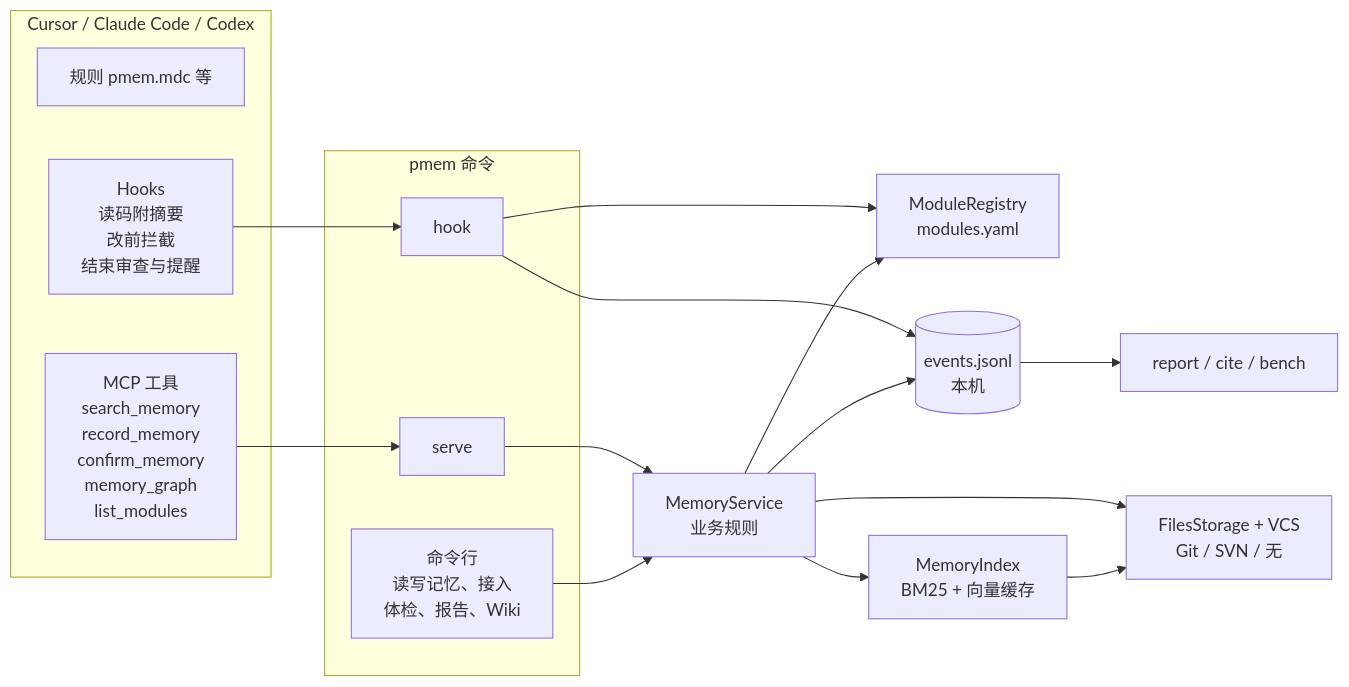
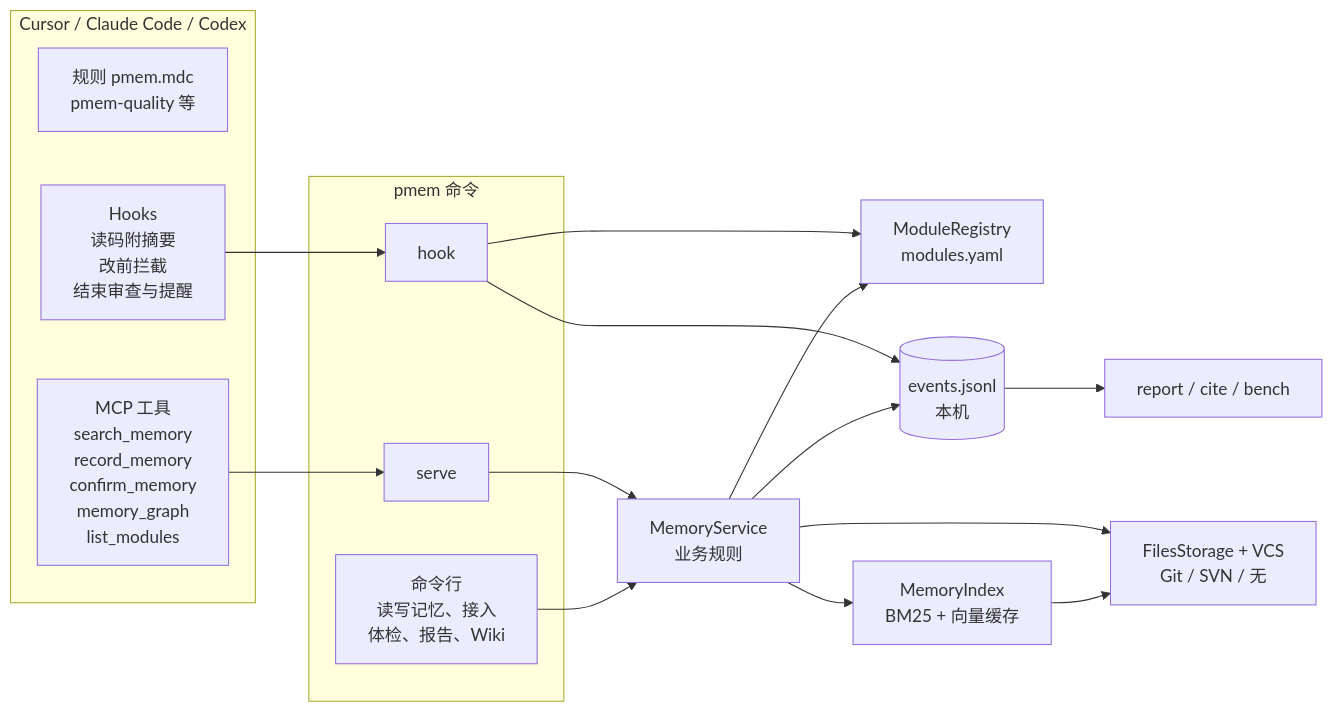
One commit to mry-ship/pmem changed the diagram in docs/architecture.md. Above: the diagram before and after it, drawn with Mermaid. The commit also changed other lines of this file and 61 other files, not shown here.

````diff
--- a/docs/architecture.md
+++ b/docs/architecture.md
@@ -15,30 +17,30 @@
 ```mermaid
 flowchart LR
     subgraph Agent[Cursor / Claude Code / Codex]
-        R[规则 pmem.mdc 等]
+        R[规则 pmem.mdc<br/>pmem-quality 等]
         M[MCP 工具<br/>search_memory<br/>record_memory<br/>confirm_memory<br/>memory_graph<br/>list_modules]
         H[Hooks<br/>读码附摘要<br/>改前拦截<br/>结束审查与提醒]
     end
     subgraph pmem 命令
         S[serve]
         HK[hook]
         CLI[命令行<br/>读写记忆、接入<br/>体检、报告、Wiki]
     end
     SV[MemoryService<br/>业务规则]
     REG[ModuleRegistry<br/>modules.yaml]
     ST[FilesStorage + VCS<br/>Git / SVN / 无]
     IX[MemoryIndex<br/>BM25 + 向量缓存]
     EV[(events.jsonl<br/>本机)]
     RP[report / cite / bench]
 
     M --> S --> SV
     CLI --> SV
     H --> HK --> REG
     HK --> EV
     SV --> REG
     SV --> ST
     SV --> IX
     SV --> EV
     IX --> ST
     EV --> RP
 ```
````
